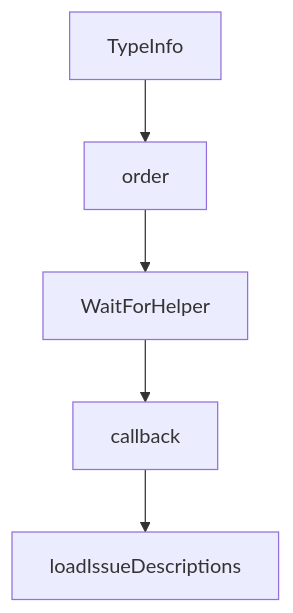
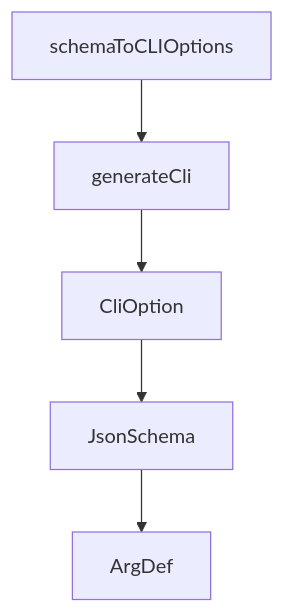
One commit to johnxie/awesome-code-docs changed the diagram in tutorials/chrome-devtools-mcp-tutorial/07-development-evaluation-and-contribution.md. Above: the diagram before and after it, drawn with Mermaid. The commit also changed other lines of this file and 1232 other files, not shown here.

````diff
--- a/tutorials/chrome-devtools-mcp-tutorial/07-development-evaluation-and-contribution.md
+++ b/tutorials/chrome-devtools-mcp-tutorial/07-development-evaluation-and-contribution.md
@@ -213,12 +211,12 @@
 ```mermaid
 flowchart TD
-    A[TypeInfo]
-    B[order]
-    C[WaitForHelper]
-    D[callback]
-    E[loadIssueDescriptions]
+    A[schemaToCLIOptions]
+    B[generateCli]
+    C[CliOption]
+    D[JsonSchema]
+    E[ArgDef]
     A --> B
     B --> C
     C --> D
     D --> E
 ```
````
